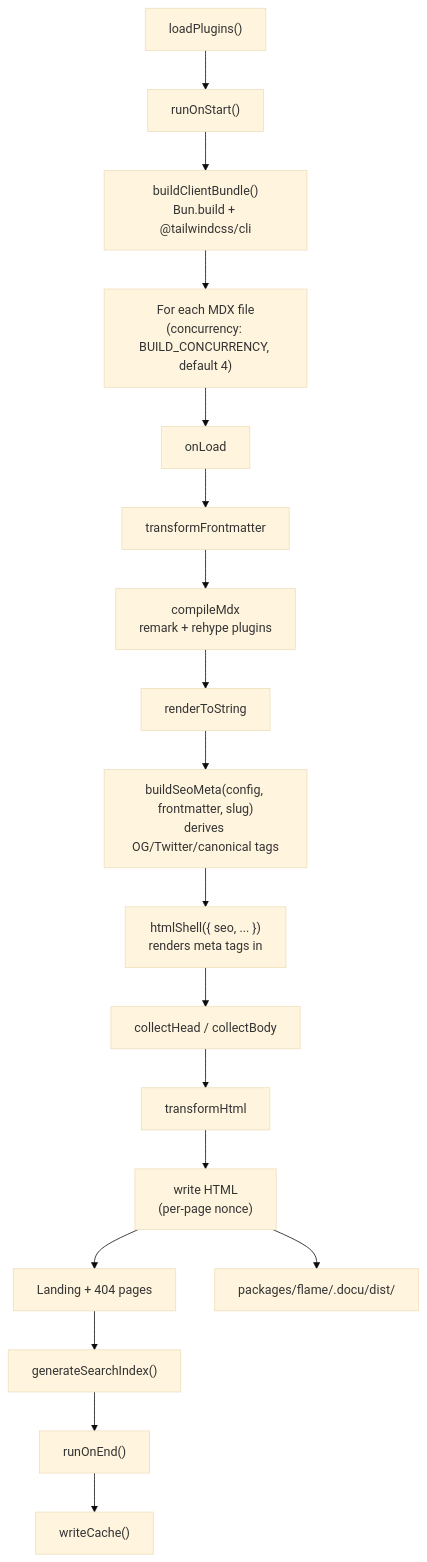
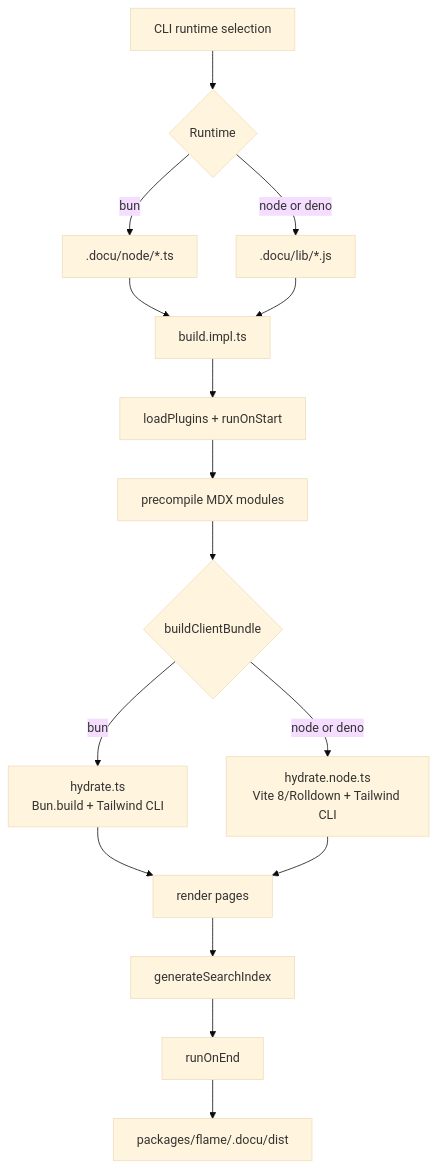
The second of 2 diagrams in ARCHITECTURE.md (DocuBook/docubook), drawn with Mermaid (base theme) before and after one commit. The commit also changed other lines of this file and 25 other files, not shown here.

Commit message:
chore: migrate packages to vite 8 (#356)

````diff
--- a/ARCHITECTURE.md
+++ b/ARCHITECTURE.md
@@ -71,24 +92,20 @@
 ```mermaid
 flowchart TD
-    Start["loadPlugins()"] --> OnStart["runOnStart()"]
-    OnStart --> Bundle["buildClientBundle()<br/>Bun.build + @tailwindcss/cli"]
+    Start[CLI runtime selection] --> Runtime{Runtime}
+    Runtime -->|bun| BunEntries[.docu/node/*.ts]
+    Runtime -->|node or deno| CompatEntries[.docu/lib/*.js]
 
-    Bundle --> Loop["For each MDX file<br/>(concurrency: BUILD_CONCURRENCY, default 4)"]
+    BunEntries --> BuildImpl[build.impl.ts]
+    CompatEntries --> BuildImpl
 
-    Loop --> Load["onLoad"]
-    Load --> FM["transformFrontmatter"]
-    FM --> Compile["compileMdx<br/>remark + rehype plugins"]
-    Compile --> Render["renderToString"]
-    Render --> BuildSeo["buildSeoMeta(config, frontmatter, slug)<br/>derives OG/Twitter/canonical tags"]
-    BuildSeo --> HtmlShell["htmlShell({ seo, ... })<br/>renders meta tags in <head>"]
-    HtmlShell --> Collect["collectHead / collectBody"]
-    Collect --> Transform["transformHtml"]
-    Transform --> Write["write HTML<br/>(per-page nonce)"]
-
-    Write --> Next["Landing + 404 pages"]
-    Next --> Search["generateSearchIndex()"]
-    Search --> OnEnd["runOnEnd()"]
-    OnEnd --> Cache["writeCache()"]
-
-    Write --> Output["packages/flame/.docu/dist/"]
+    BuildImpl --> Plugins[loadPlugins + runOnStart]
+    Plugins --> PrePass[precompile MDX modules]
+    PrePass --> Bundle{buildClientBundle}
+    Bundle -->|bun| BunBundle[hydrate.ts<br/>Bun.build + Tailwind CLI]
+    Bundle -->|node or deno| CompatBundle[hydrate.node.ts<br/>Vite 8/Rolldown + Tailwind CLI]
+    BunBundle --> Render[render pages]
+    CompatBundle --> Render
+    Render --> Search[generateSearchIndex]
+    Search --> OnEnd[runOnEnd]
+    OnEnd --> Output[packages/flame/.docu/dist]
 ```
````
